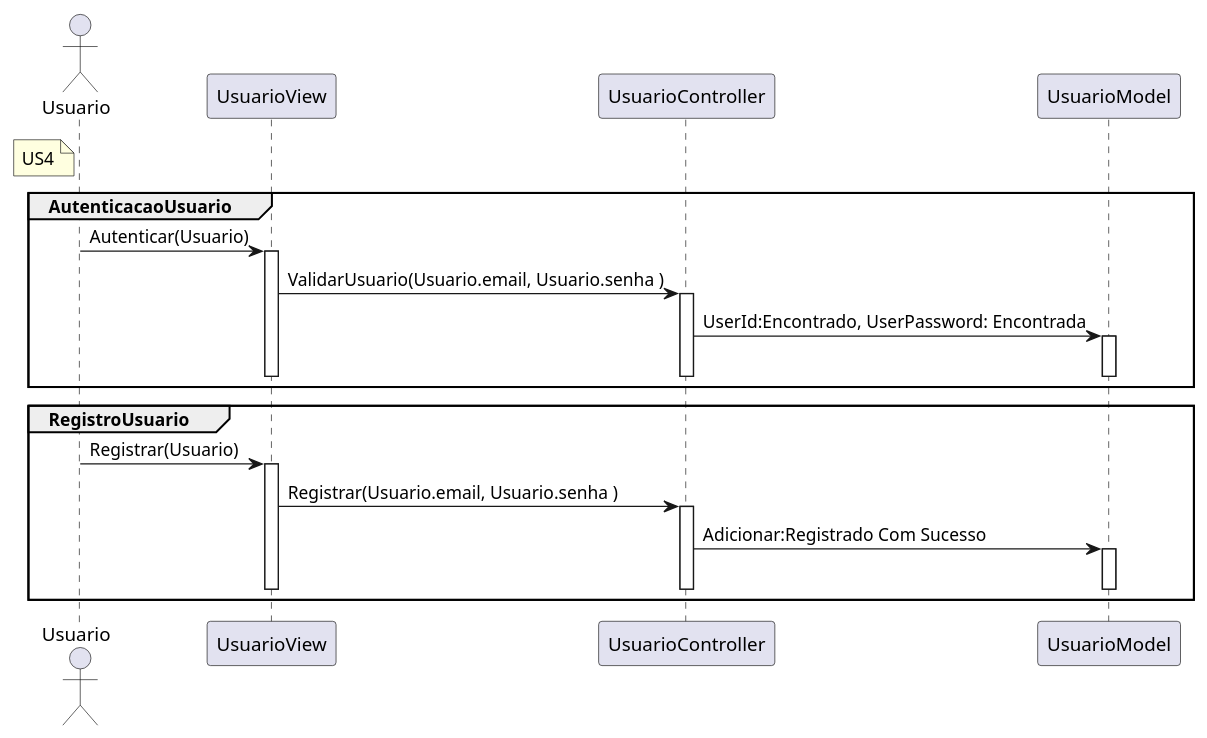
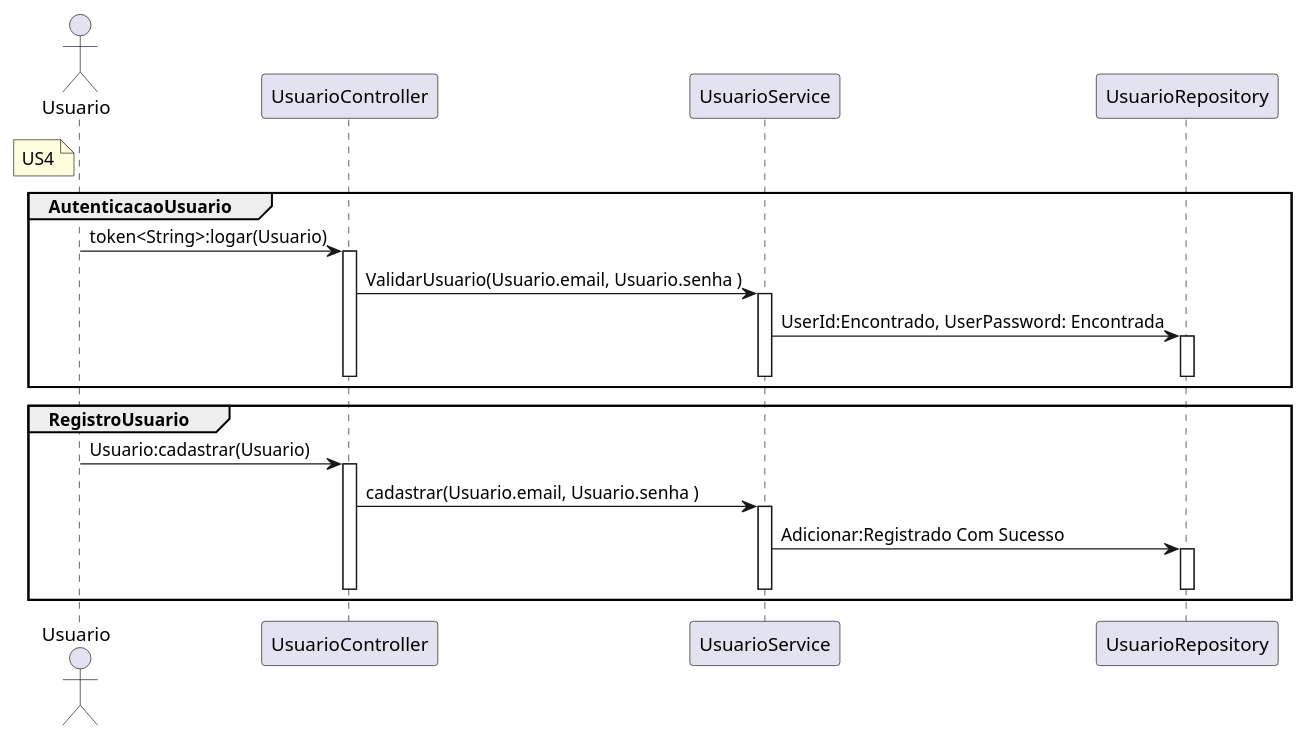
The diagram in laboratorio-4/sprint-3/projeto/plantuml/sequencia/Usuario_Auth.plantuml (G4BR-13-L/lab-desenvolvimento-de-software), drawn with PlantUML before and after one commit.

Commit message:
Atualização do diagrama de Usuário

```diff
--- a/laboratorio-4/sprint-3/projeto/plantuml/sequencia/Usuario_Auth.plantuml
+++ b/laboratorio-4/sprint-3/projeto/plantuml/sequencia/Usuario_Auth.plantuml
@@ -1,44 +1,42 @@
 @startuml Usuario
 
 
 actor "Usuario" as Usuario
 note left of Usuario #LightYellow
 US4
 end note
 
-participant "UsuarioView" as UsuarioView
 participant "UsuarioController" as UsuarioController
-participant "UsuarioModel" as UsuarioModel
+participant "UsuarioService" as UsuarioService
+participant "UsuarioRepository" as UsuarioRepository
 
 group AutenticacaoUsuario
-    Usuario ->  UsuarioView : Autenticar(Usuario)
-    activate UsuarioView
-    UsuarioView -> UsuarioController : ValidarUsuario(Usuario.email, Usuario.senha )
+    Usuario ->  UsuarioController : token<String>:logar(Usuario)
     activate UsuarioController
-    UsuarioController -> UsuarioModel : UserId:Encontrado, UserPassword: Encontrada
-    activate UsuarioModel
-    deactivate UsuarioModel
+    UsuarioController -> UsuarioService : ValidarUsuario(Usuario.email, Usuario.senha )
+    activate UsuarioService
+    UsuarioService -> UsuarioRepository : UserId:Encontrado, UserPassword: Encontrada
+    activate UsuarioRepository
+    deactivate UsuarioRepository
+    deactivate UsuarioService
     deactivate UsuarioController
-    deactivate UsuarioView
 end
 
-
-
 group RegistroUsuario
-    Usuario ->  UsuarioView : Registrar(Usuario)
-    activate UsuarioView
-    UsuarioView -> UsuarioController : Registrar(Usuario.email, Usuario.senha )
+    Usuario ->  UsuarioController : Usuario:cadastrar(Usuario)
     activate UsuarioController
-    UsuarioController -> UsuarioModel : Adicionar:Registrado Com Sucesso
-    activate UsuarioModel
-    deactivate UsuarioModel
+    UsuarioController -> UsuarioService : cadastrar(Usuario.email, Usuario.senha )
+    activate UsuarioService
+    UsuarioService -> UsuarioRepository : Adicionar:Registrado Com Sucesso
+    activate UsuarioRepository
+    deactivate UsuarioRepository
+    deactivate UsuarioService
     deactivate UsuarioController
-    deactivate UsuarioView
 end
 
 ' --> Sincrono 
 ' -->> Assincrono
 ' <-- Retorno Sincrono
 ' <<-- Retorno Assíncrono
 
 @enduml
```
